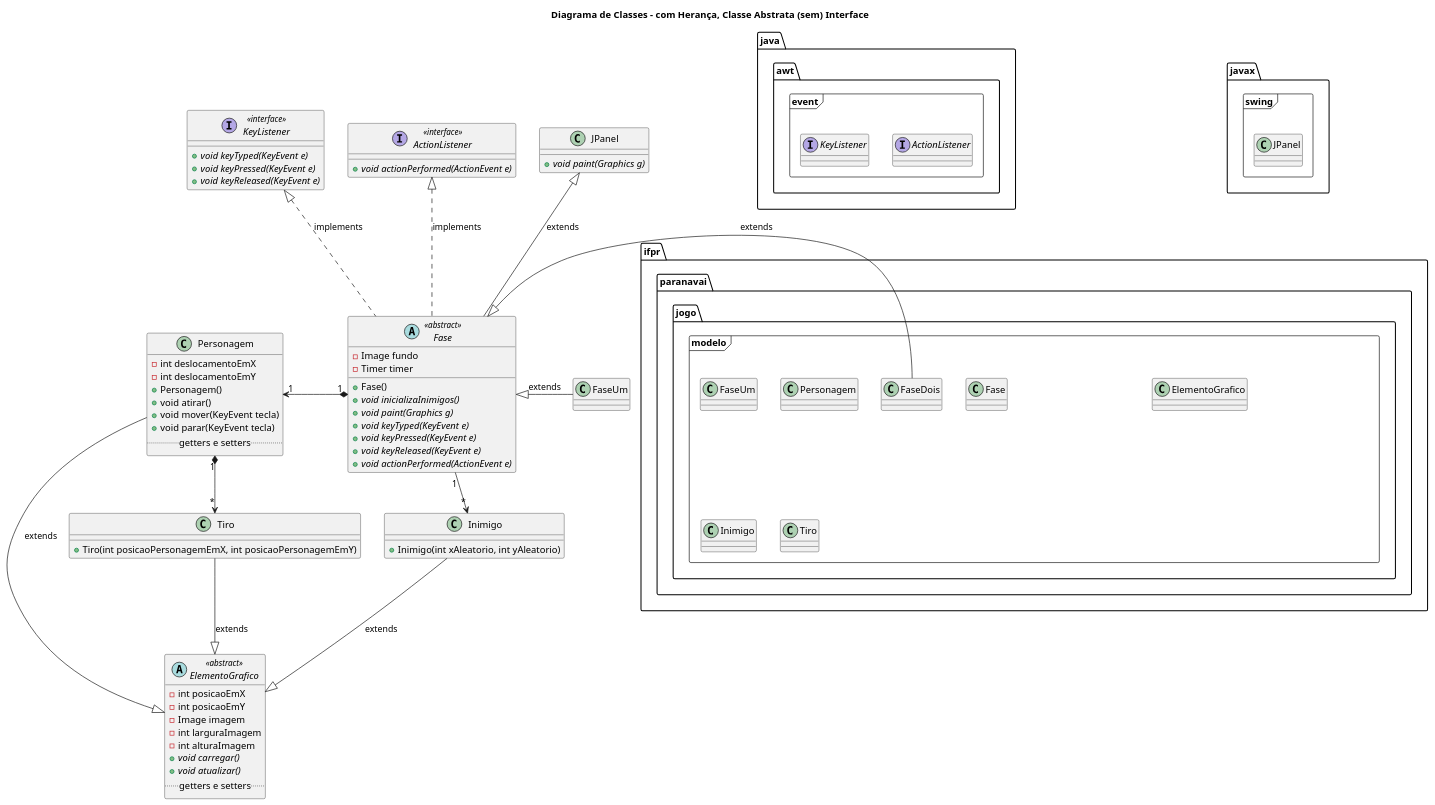
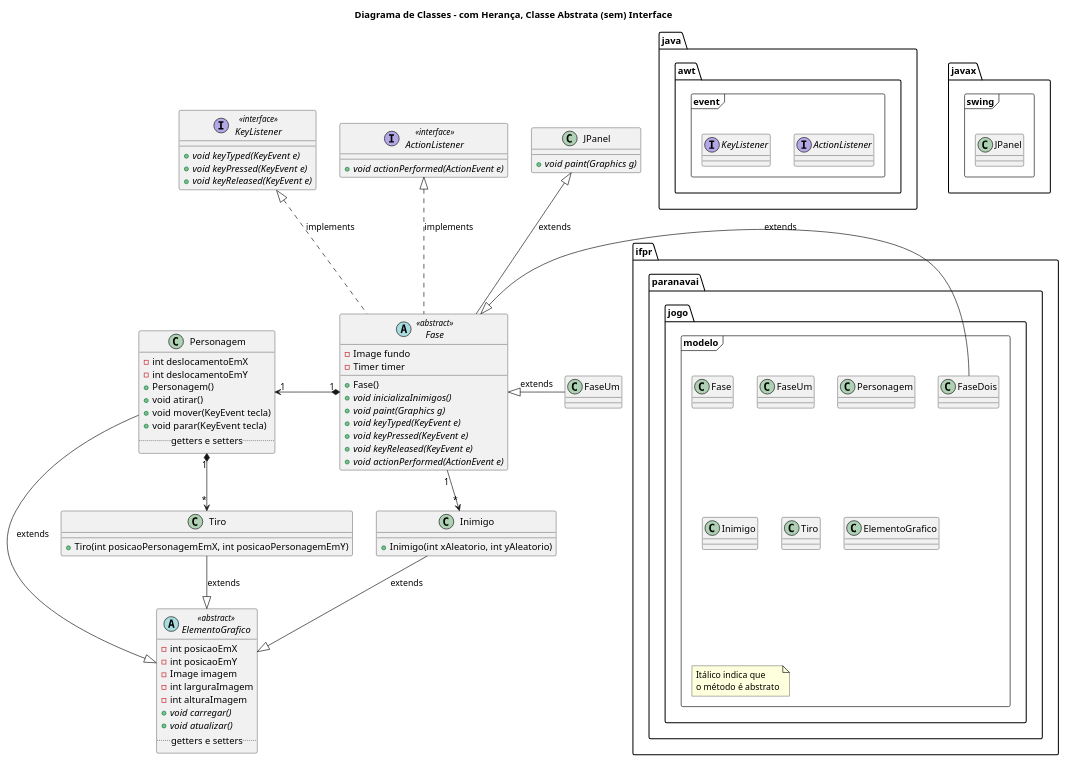
Before and after one commit to terenciani/jogo-2d-ifpr-2023: the diagram in uml/diagrama-classe.puml, drawn with PlantUML. The commit also changed 4 other files, not shown here.

```diff
--- a/uml/diagrama-classe.puml
+++ b/uml/diagrama-classe.puml
@@ -1,107 +1,100 @@
 @startuml
 
 title Diagrama de Classes - com Herança, Classe Abstrata (sem) Interface
 
 package ifpr.paranavai.jogo.modelo <<Frame>> {
     class Fase
     class FaseUm
     class FaseDois
     class Personagem
     class Inimigo
     class Tiro
     class ElementoGrafico
-    note right of ElementoGrafico::carregar
-        Itálico indica que
-        o método é abstrato
-    end note
-    note right of Fase::keyPressed
-        Itálico indica que
-        o método é abstrato
-    end note
+    note "Itálico indica que\no método é abstrato" as N1
 }
 
 package java.awt.event <<Frame>> {
     interface ActionListener
     interface KeyListener
 }
 
 
 package javax.swing <<Frame>> {
   class JPanel
 }
 
 abstract class ElementoGrafico <<abstract>> {
     -int posicaoEmX
     -int posicaoEmY
     -Image imagem
     -int larguraImagem
     -int alturaImagem    
     +{abstract} void carregar()
     +{abstract} void atualizar()
     .. getters e setters ..
 }
 
 abstract class Fase <<abstract>>{
     -Image fundo
     -Timer timer
     +Fase()
     +{abstract} void inicializaInimigos()
     +{abstract} void paint(Graphics g)
     +{abstract} void keyTyped(KeyEvent e)
     +{abstract} void keyPressed(KeyEvent e)
     +{abstract} void keyReleased(KeyEvent e)
     +{abstract} void actionPerformed(ActionEvent e)
 }
 
 class Personagem{
     -int deslocamentoEmX
     -int deslocamentoEmY
     +Personagem()
     +void atirar()
     +void mover(KeyEvent tecla)
     +void parar(KeyEvent tecla)
     .. getters e setters ..
 }
 
 class Inimigo{
     +Inimigo(int xAleatorio, int yAleatorio)
 }
 
 class Tiro {
     +Tiro(int posicaoPersonagemEmX, int posicaoPersonagemEmY)
 }
 
 class FaseUm {    
     
 }
 
 class JPanel{
     +{abstract} void paint(Graphics g)
 }
 interface ActionListener <<interface>> {
     +{abstract} void actionPerformed(ActionEvent e)
 }
 
 interface KeyListener <<interface>> {
     +{abstract} void keyTyped(KeyEvent e)
     +{abstract} void keyPressed(KeyEvent e)
     +{abstract} void keyReleased(KeyEvent e)
 }
 
 Fase -up-|> JPanel: extends
 Fase -up.|> ActionListener: implements
 Fase -up.|> KeyListener: implements
 FaseUm -left-|> Fase: extends
 FaseDois -left-|> Fase: extends
 
 
 Fase "1" *-left-> "1" Personagem
 Inimigo "*" <-up- "1" Fase
 
 Personagem "1" *--> "*" Tiro
 Personagem --|> ElementoGrafico: extends
 
 Tiro --|> ElementoGrafico: extends
 
 Inimigo --|> ElementoGrafico: extends
 @enduml
```
